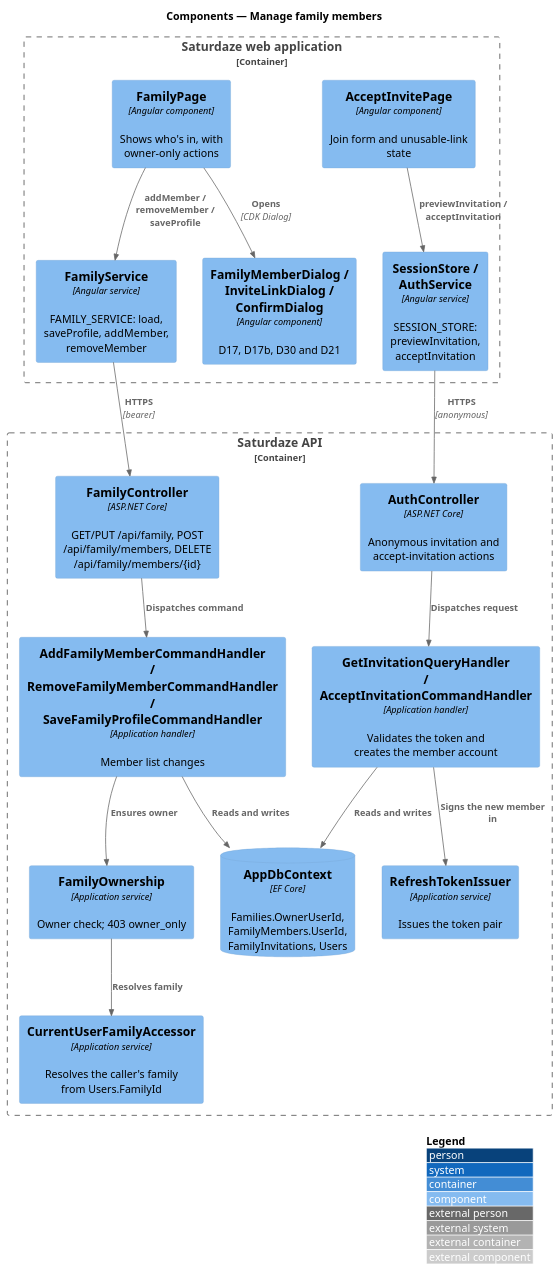
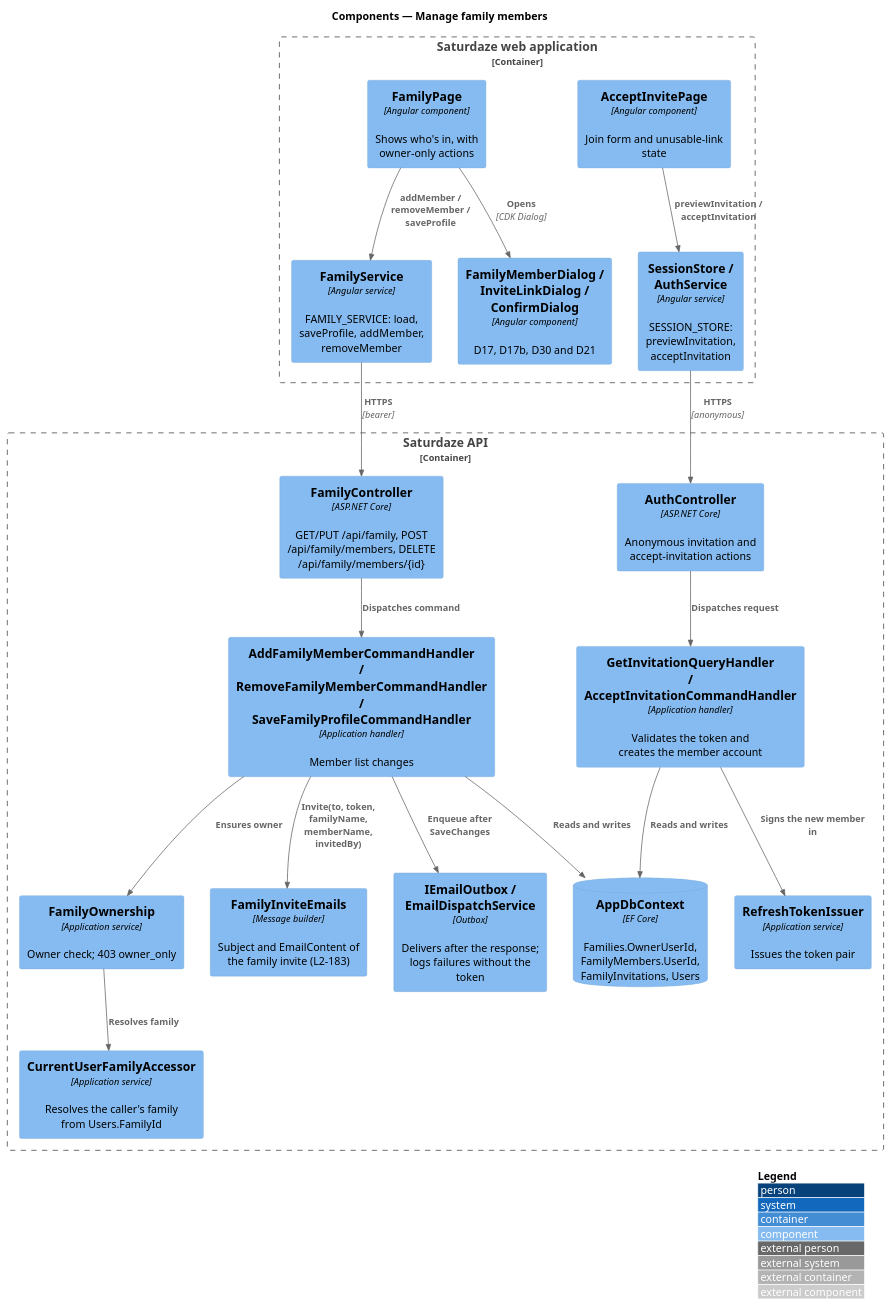
One commit to QuinntyneBrown/saturdaze changed the diagram in docs/detailed-designs/identity-and-access/manage-family-members/diagrams/c4-component.puml. Above: the diagram before and after it, drawn with PlantUML. The commit also changed 14 other files, not shown here.

First line of the commit message:
Design the family invite email in manage-family-members and send-branded-email (L2-183)

```diff
--- a/docs/detailed-designs/identity-and-access/manage-family-members/diagrams/c4-component.puml
+++ b/docs/detailed-designs/identity-and-access/manage-family-members/diagrams/c4-component.puml
@@ -1,35 +1,39 @@
 @startuml
 !include <C4/C4_Component>
 LAYOUT_WITH_LEGEND()
 title Components — Manage family members
 
 Container_Boundary(web, "Saturdaze web application") {
   Component(page, "FamilyPage", "Angular component", "Shows who's in, with owner-only actions")
   Component(dialogs, "FamilyMemberDialog / InviteLinkDialog / ConfirmDialog", "Angular component", "D17, D17b, D30 and D21")
   Component(accept, "AcceptInvitePage", "Angular component", "Join form and unusable-link state")
   Component(family, "FamilyService", "Angular service", "FAMILY_SERVICE: load, saveProfile, addMember, removeMember")
   Component(session, "SessionStore / AuthService", "Angular service", "SESSION_STORE: previewInvitation, acceptInvitation")
 }
 Container_Boundary(api, "Saturdaze API") {
   Component(familyCtl, "FamilyController", "ASP.NET Core", "GET/PUT /api/family, POST /api/family/members, DELETE /api/family/members/{id}")
   Component(authCtl, "AuthController", "ASP.NET Core", "Anonymous invitation and accept-invitation actions")
   Component(handlers, "AddFamilyMemberCommandHandler / RemoveFamilyMemberCommandHandler / SaveFamilyProfileCommandHandler", "Application handler", "Member list changes")
   Component(invites, "GetInvitationQueryHandler / AcceptInvitationCommandHandler", "Application handler", "Validates the token and creates the member account")
   Component(owner, "FamilyOwnership", "Application service", "Owner check; 403 owner_only")
   Component(accessor, "CurrentUserFamilyAccessor", "Application service", "Resolves the caller's family from Users.FamilyId")
   Component(issuer, "RefreshTokenIssuer", "Application service", "Issues the token pair")
+  Component(emails, "FamilyInviteEmails", "Message builder", "Subject and EmailContent of the family invite (L2-183)")
+  Component(outbox, "IEmailOutbox / EmailDispatchService", "Outbox", "Delivers after the response; logs failures without the token")
   ComponentDb(db, "AppDbContext", "EF Core", "Families.OwnerUserId, FamilyMembers.UserId, FamilyInvitations, Users")
 }
 Rel(page, dialogs, "Opens", "CDK Dialog")
 Rel(page, family, "addMember / removeMember / saveProfile")
 Rel(accept, session, "previewInvitation / acceptInvitation")
 Rel(family, familyCtl, "HTTPS", "bearer")
 Rel(session, authCtl, "HTTPS", "anonymous")
 Rel(familyCtl, handlers, "Dispatches command")
 Rel(authCtl, invites, "Dispatches request")
 Rel(handlers, owner, "Ensures owner")
 Rel(owner, accessor, "Resolves family")
 Rel(invites, issuer, "Signs the new member in")
 Rel(handlers, db, "Reads and writes")
+Rel(handlers, emails, "Invite(to, token, familyName, memberName, invitedBy)")
+Rel(handlers, outbox, "Enqueue after SaveChanges")
 Rel(invites, db, "Reads and writes")
 @enduml
```
